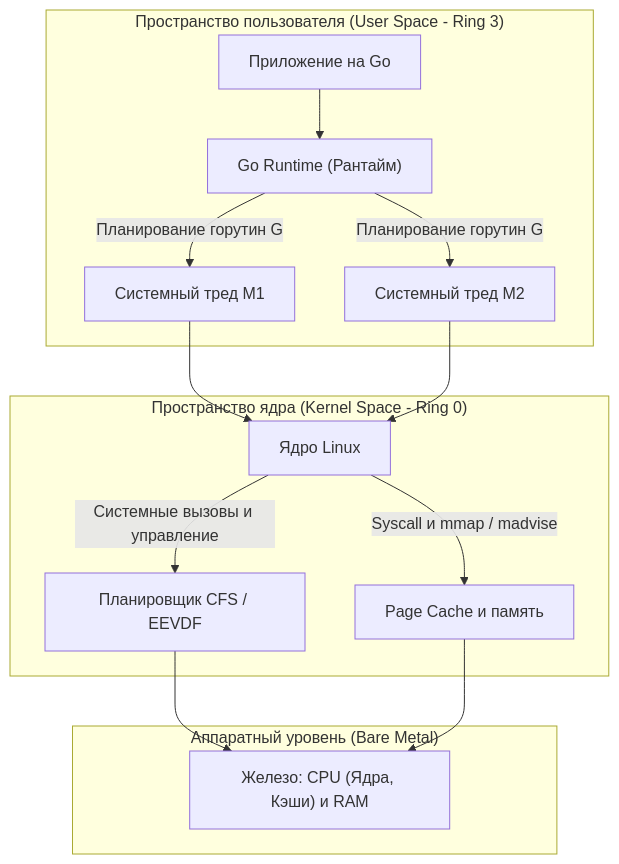
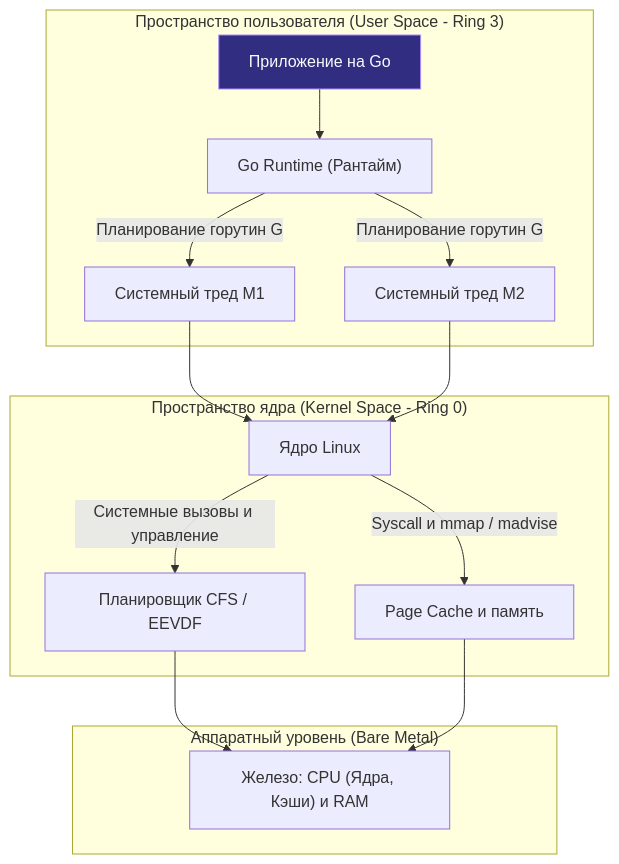
Before and after one commit to UnrealTemplier/go-textbook: the diagram in sources/2. Устройство и работа ОС/1. Обзор раздела. Как устроена современная ОС и зачем это Go-разработчику.md, drawn with Mermaid. The commit also changed 1666 other files, not shown here.

First line of the commit message:
feat(mermaid): add semantic color classDef to 1369 colorless flowchart/graph diagrams

````diff
--- a/sources/2. Устройство и работа ОС/1. Обзор раздела. Как устроена современная ОС и зачем это Go-разработчику.md
+++ b/sources/2. Устройство и работа ОС/1. Обзор раздела. Как устроена современная ОС и зачем это Go-разработчику.md
@@ -26,19 +26,29 @@
 ```mermaid
 flowchart TD
+    classDef process  fill:#1e293b,stroke:#38bdf8,stroke-width:1px,color:#f8fafc
+    classDef success  fill:#064e3b,stroke:#34d399,stroke-width:1px,color:#f8fafc
+    classDef error    fill:#7f1d1d,stroke:#f87171,stroke-width:1px,color:#f8fafc
+    classDef warning  fill:#78350f,stroke:#fbbf24,stroke-width:1px,color:#f8fafc
+    classDef entry    fill:#1e3a5f,stroke:#38bdf8,stroke-width:2px,color:#f8fafc
+    classDef aux      fill:#334155,stroke:#64748b,stroke-width:1px,color:#f8fafc
+    classDef system   fill:#312e81,stroke:#a78bfa,stroke-width:1px,color:#f8fafc
+    classDef data     fill:#132d29,stroke:#2dd4bf,stroke-width:1px,color:#f8fafc
+    classDef network  fill:#881337,stroke:#fb7185,stroke-width:1px,color:#f8fafc
+    classDef accent   fill:#1e1b4b,stroke:#818cf8,stroke-width:1px,color:#f8fafc
     subgraph GoApp ["Пространство пользователя (User Space - Ring 3)"]
-        A["Приложение на Go"] --> B["Go Runtime (Рантайм)"]
+        A["Приложение на Go"]:::system --> B["Go Runtime (Рантайм)"]
         B -->|Планирование горутин G| M1["Системный тред M1"]
         B -->|Планирование горутин G| M2["Системный тред M2"]
     end
     
     subgraph Kernel ["Пространство ядра (Kernel Space - Ring 0)"]
         M1 & M2 --> C["Ядро Linux"]
         C -->|Системные вызовы и управление| C2["Планировщик CFS / EEVDF"]
         C -->|Syscall и mmap / madvise| C1["Page Cache и память"]
     end
     
     subgraph HW ["Аппаратный уровень (Bare Metal)"]
         C2 --> D["Железо: CPU (Ядра, Кэши) и RAM"]
         C1 --> D
     end
 ```
````
